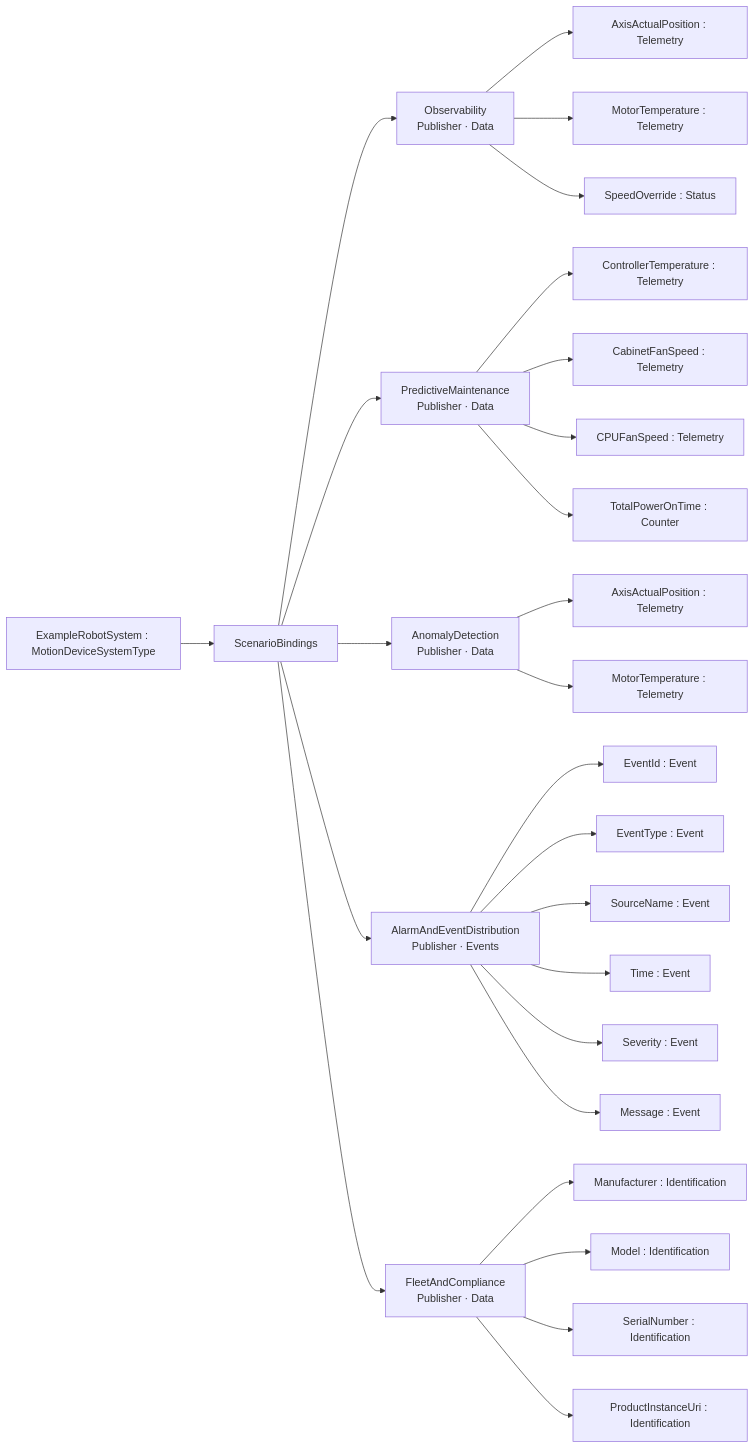
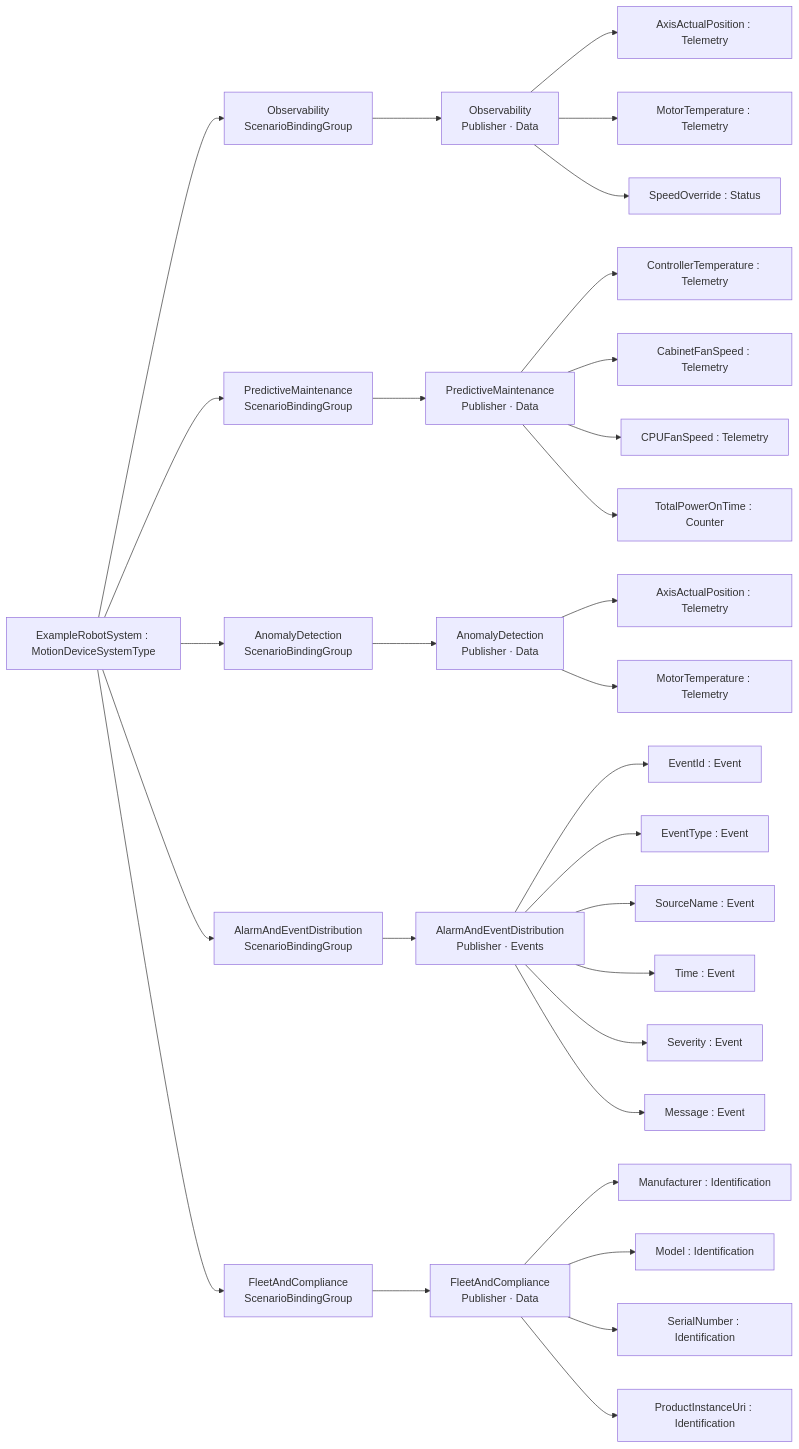
Before and after one commit to marcschier/opcua-drafts: the first of 2 diagrams in core-specs/scenario-binding/examples/robotics/OPC-UA-Robotics-Scenario-Bindings-Addendum.md, drawn with Mermaid. The commit also changed other lines of this file and 13 other files, not shown here.

````diff
--- a/core-specs/scenario-binding/examples/robotics/OPC-UA-Robotics-Scenario-Bindings-Addendum.md
+++ b/core-specs/scenario-binding/examples/robotics/OPC-UA-Robotics-Scenario-Bindings-Addendum.md
@@ -93,28 +93,33 @@
 ```mermaid
 graph LR
-  ROOT["ExampleRobotSystem : MotionDeviceSystemType"] --> SB["ScenarioBindings"]
-  SB --> S0["Observability<br/>Publisher · Data"]
+  ROOT["ExampleRobotSystem : MotionDeviceSystemType"]
+  ROOT --> G0["Observability<br/>ScenarioBindingGroup"]
+  G0 --> S0["Observability<br/>Publisher · Data"]
   S0 --> S0_0["AxisActualPosition : Telemetry"]
   S0 --> S0_1["MotorTemperature : Telemetry"]
   S0 --> S0_2["SpeedOverride : Status"]
-  SB --> S1["PredictiveMaintenance<br/>Publisher · Data"]
+  ROOT --> G1["PredictiveMaintenance<br/>ScenarioBindingGroup"]
+  G1 --> S1["PredictiveMaintenance<br/>Publisher · Data"]
   S1 --> S1_0["ControllerTemperature : Telemetry"]
   S1 --> S1_1["CabinetFanSpeed : Telemetry"]
   S1 --> S1_2["CPUFanSpeed : Telemetry"]
   S1 --> S1_3["TotalPowerOnTime : Counter"]
-  SB --> S2["AnomalyDetection<br/>Publisher · Data"]
+  ROOT --> G2["AnomalyDetection<br/>ScenarioBindingGroup"]
+  G2 --> S2["AnomalyDetection<br/>Publisher · Data"]
   S2 --> S2_0["AxisActualPosition : Telemetry"]
   S2 --> S2_1["MotorTemperature : Telemetry"]
-  SB --> S3["AlarmAndEventDistribution<br/>Publisher · Events"]
+  ROOT --> G3["AlarmAndEventDistribution<br/>ScenarioBindingGroup"]
+  G3 --> S3["AlarmAndEventDistribution<br/>Publisher · Events"]
   S3 --> S3_0["EventId : Event"]
   S3 --> S3_1["EventType : Event"]
   S3 --> S3_2["SourceName : Event"]
   S3 --> S3_3["Time : Event"]
   S3 --> S3_4["Severity : Event"]
   S3 --> S3_5["Message : Event"]
-  SB --> S4["FleetAndCompliance<br/>Publisher · Data"]
+  ROOT --> G4["FleetAndCompliance<br/>ScenarioBindingGroup"]
+  G4 --> S4["FleetAndCompliance<br/>Publisher · Data"]
   S4 --> S4_0["Manufacturer : Identification"]
   S4 --> S4_1["Model : Identification"]
   S4 --> S4_2["SerialNumber : Identification"]
   S4 --> S4_3["ProductInstanceUri : Identification"]
 ```
````
